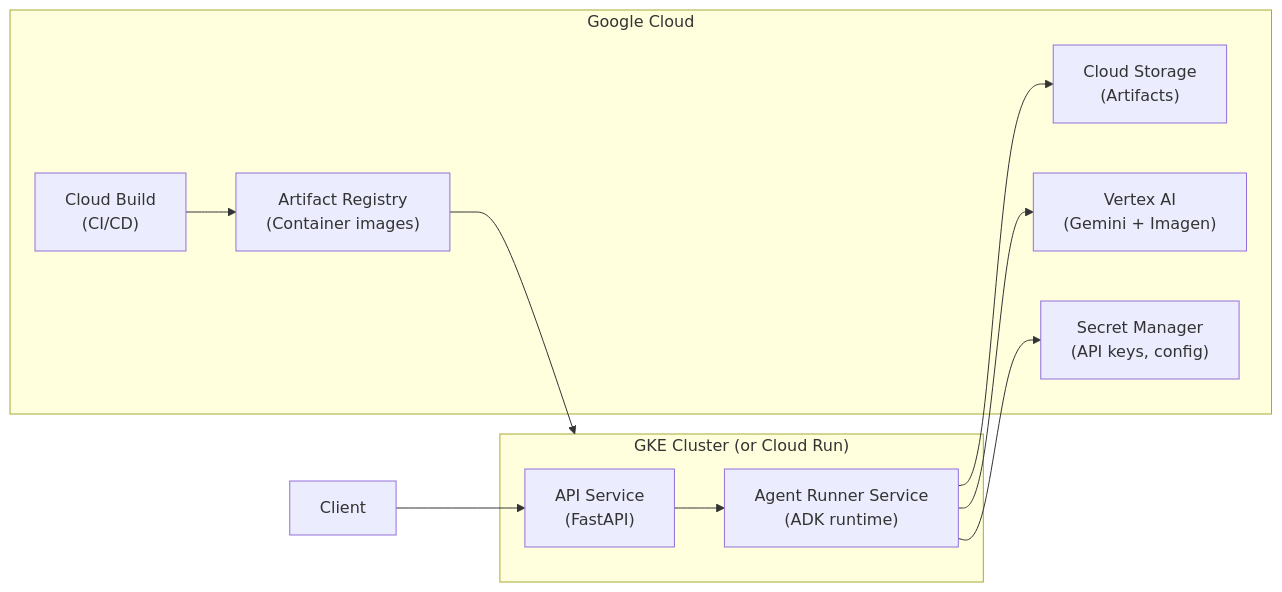
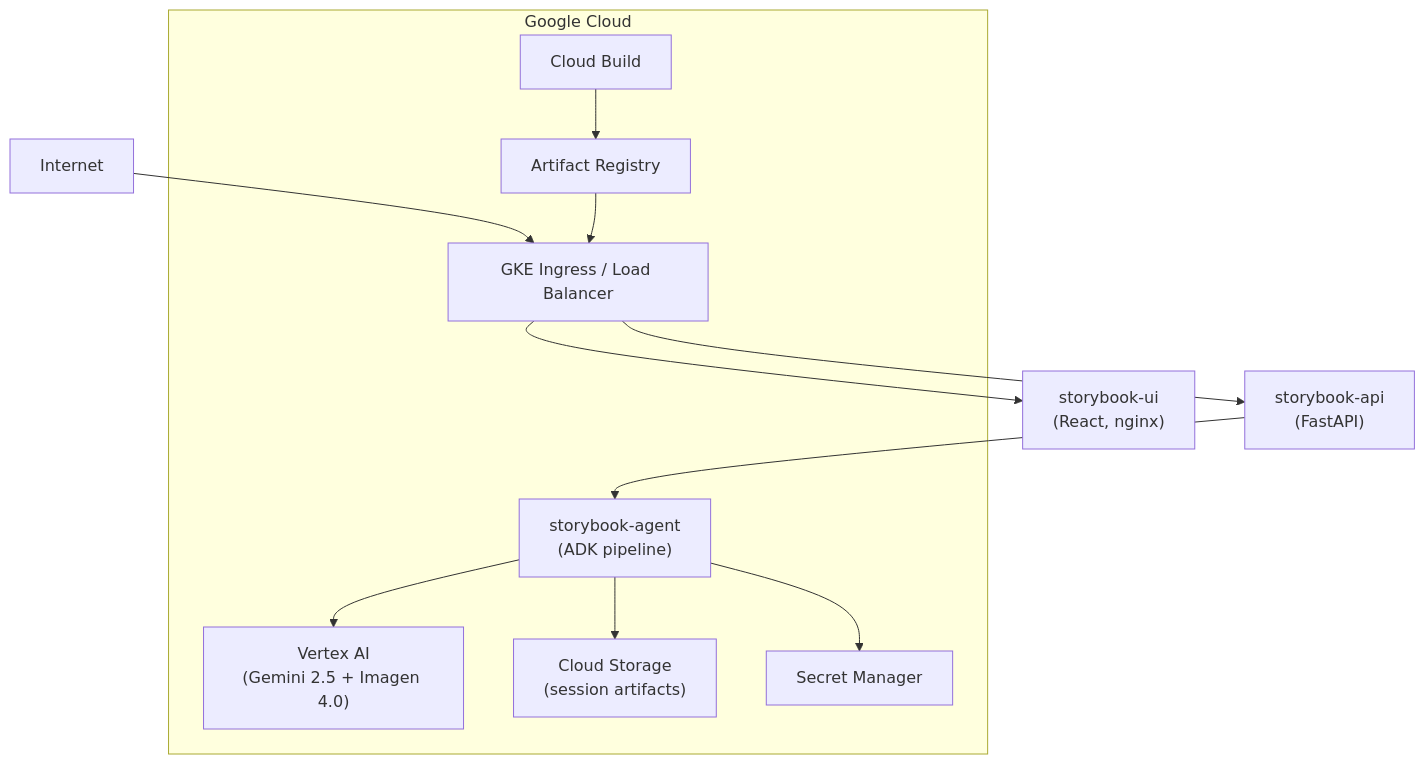
The third of 4 diagrams in docs/architecture/architecture.md (arbrown/asp), drawn with Mermaid before and after one commit. The commit also changed other lines of this file, not shown here.

First line of the commit message:
docs: revise architecture with validation agents, React frontend, updated models

````diff
--- a/docs/architecture/architecture.md
+++ b/docs/architecture/architecture.md
@@ -109,23 +179,15 @@
 ```mermaid
-graph LR
-    subgraph GKE ["GKE Cluster (or Cloud Run)"]
-        API2["API Service\n(FastAPI)"]
-        AgentSvc["Agent Runner Service\n(ADK runtime)"]
-    end
+graph TD
+    Internet["Internet"] --> LB["GKE Ingress / Load Balancer"]
+    LB --> UI["storybook-ui\n(React, nginx)"]
+    LB --> APIGW["storybook-api\n(FastAPI)"]
+    APIGW --> AgentPod["storybook-agent\n(ADK pipeline)"]
 
     subgraph GCP ["Google Cloud"]
-        GCS["Cloud Storage\n(Artifacts)"]
-        Vertex["Vertex AI\n(Gemini + Imagen)"]
-        SecretMgr["Secret Manager\n(API keys, config)"]
-        AR["Artifact Registry\n(Container images)"]
-        CloudBuild["Cloud Build\n(CI/CD)"]
+        AgentPod --> Vertex["Vertex AI\n(Gemini 2.5 + Imagen 4.0)"]
+        AgentPod --> GCS["Cloud Storage\n(session artifacts)"]
+        AgentPod --> SecretMgr["Secret Manager"]
+        AR["Artifact Registry"] --> LB
+        CloudBuild["Cloud Build"] --> AR
     end
-
-    Client["Client"] --> API2
-    API2 --> AgentSvc
-    AgentSvc --> GCS
-    AgentSvc --> Vertex
-    AgentSvc --> SecretMgr
-    CloudBuild --> AR
-    AR --> GKE
 ```
````
